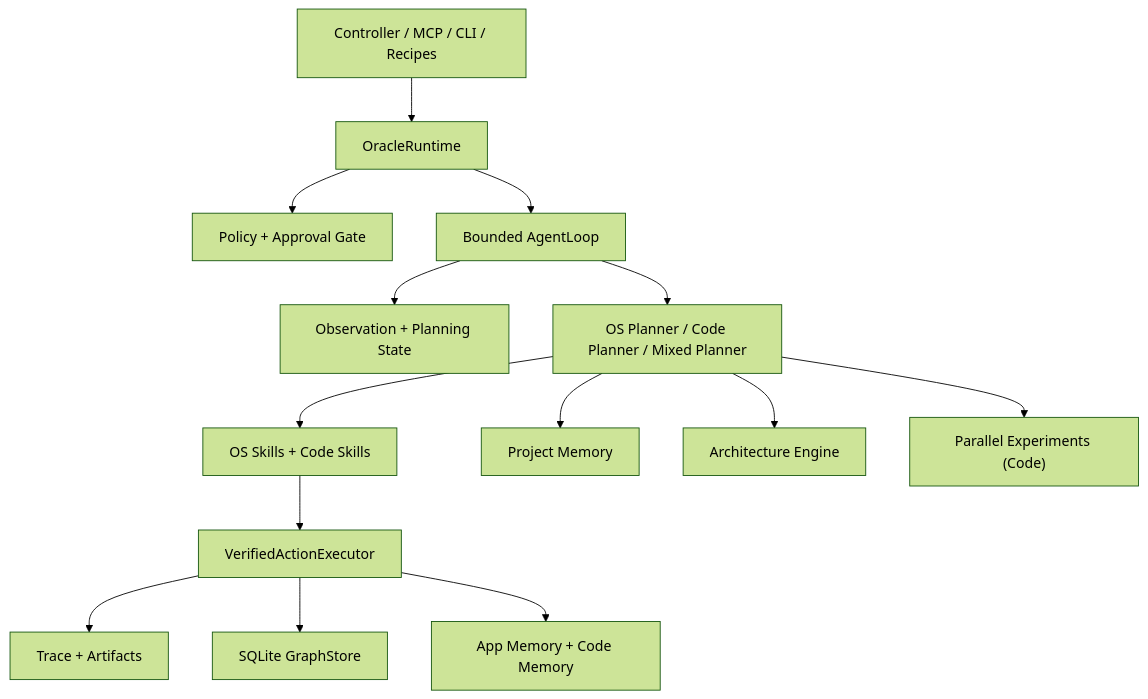
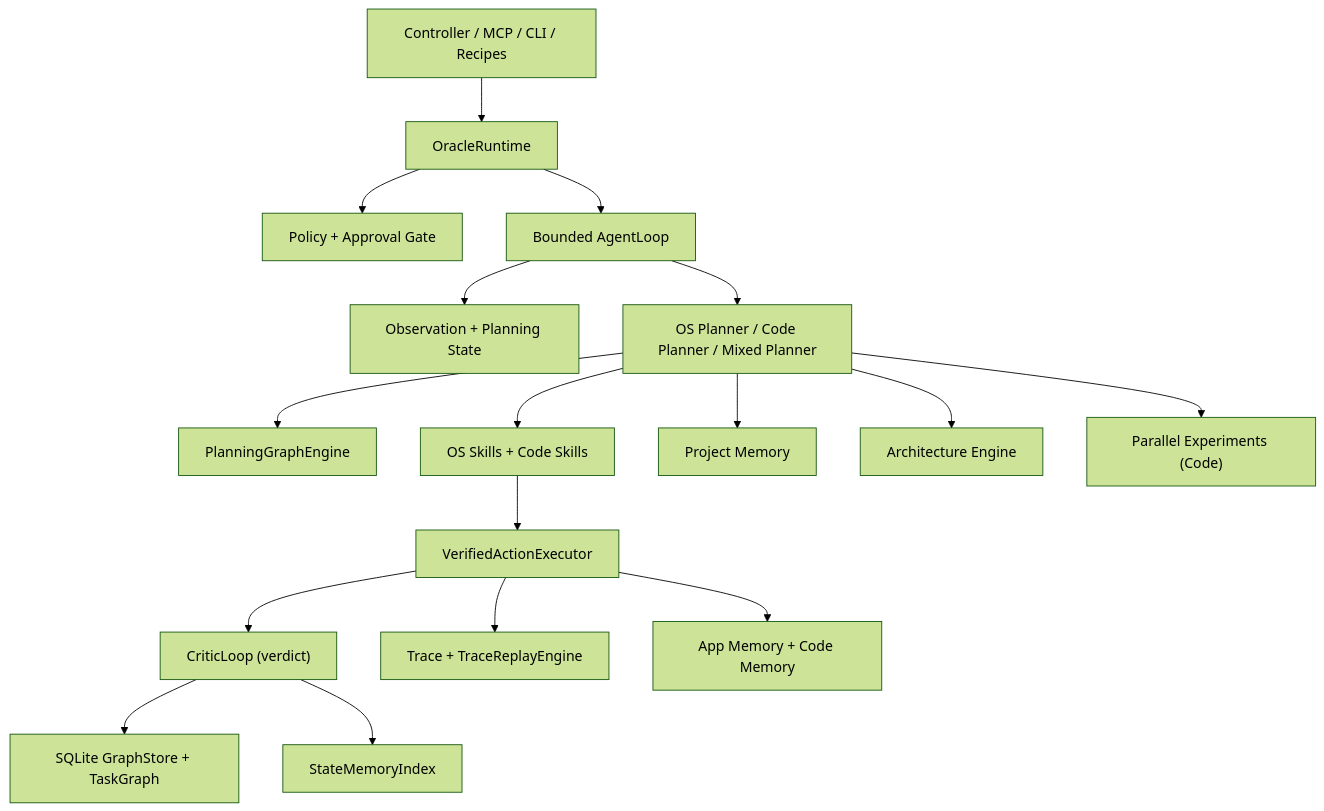
Before and after one commit to dawsonblock/Oracle-OS: the diagram in README.md, drawn with Mermaid (forest theme). The commit also changed other lines of this file and 4 other files, not shown here.

Commit message:
Add tests for new modules; update ARCHITECTURE.md and README.md with new architecture

````diff
--- a/README.md
+++ b/README.md
@@ -97,16 +97,19 @@
 ```mermaid
 graph TD
     Surface["Controller / MCP / CLI / Recipes"] --> Runtime["OracleRuntime"]
     Runtime --> Policy["Policy + Approval Gate"]
     Runtime --> Loop["Bounded AgentLoop"]
     Loop --> Observation["Observation + Planning State"]
     Loop --> Planner["OS Planner / Code Planner / Mixed Planner"]
+    Planner --> PG["PlanningGraphEngine"]
     Planner --> Skills["OS Skills + Code Skills"]
     Skills --> Exec["VerifiedActionExecutor"]
-    Exec --> Trace["Trace + Artifacts"]
-    Exec --> Graph["SQLite GraphStore"]
+    Exec --> Critic["CriticLoop (verdict)"]
+    Critic --> Graph["SQLite GraphStore + TaskGraph"]
+    Critic --> SM["StateMemoryIndex"]
+    Exec --> Trace["Trace + TraceReplayEngine"]
     Exec --> Memory["App Memory + Code Memory"]
     Planner --> PM["Project Memory"]
     Planner --> Arch["Architecture Engine"]
     Planner --> Exp["Parallel Experiments (Code)"]
 ```
````
